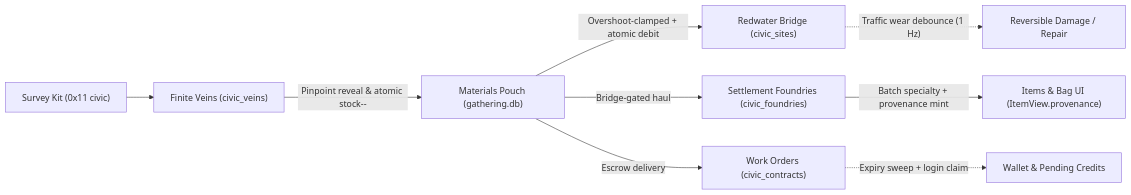
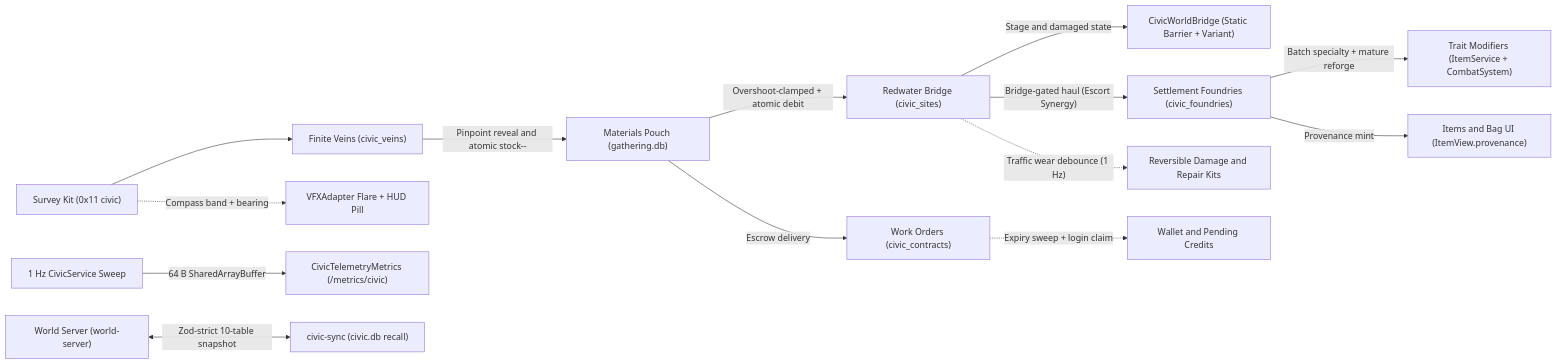
The diagram in docs/CIVIC-LOGISTICS-SPEC.md (SirHertzAlot/NexusMMOEngine), drawn with Mermaid before and after one commit. The commit also changed other lines of this file and 38 other files, not shown here.

Commit message:
feat(civic): complete Redwater Civic Tracks A1-C7b (traits, world bridge, escort, foundry pivot, fleet sync, telemetry, client UX & E2E)

````diff
--- a/docs/CIVIC-LOGISTICS-SPEC.md
+++ b/docs/CIVIC-LOGISTICS-SPEC.md
@@ -8,11 +8,16 @@
 ```mermaid
 flowchart LR
   S["Survey Kit (0x11 civic)"] --> V["Finite Veins (civic_veins)"]
-  V -->|"Pinpoint reveal & atomic stock--"| P["Materials Pouch (gathering.db)"]
+  S -.->|"Compass band + bearing"| FX["VFXAdapter Flare + HUD Pill"]
+  V -->|"Pinpoint reveal and atomic stock--"| P["Materials Pouch (gathering.db)"]
   P -->|"Overshoot-clamped + atomic debit"| B["Redwater Bridge (civic_sites)"]
-  P -->|"Bridge-gated haul"| F["Settlement Foundries (civic_foundries)"]
-  F -->|"Batch specialty + provenance mint"| I["Items & Bag UI (ItemView.provenance)"]
+  B -->|"Stage and damaged state"| WB["CivicWorldBridge (Static Barrier + Variant)"]
+  B -->|"Bridge-gated haul (Escort Synergy)"| F["Settlement Foundries (civic_foundries)"]
+  F -->|"Batch specialty + mature reforge"| T["Trait Modifiers (ItemService + CombatSystem)"]
+  F -->|"Provenance mint"| I["Items and Bag UI (ItemView.provenance)"]
   P -->|"Escrow delivery"| C["Work Orders (civic_contracts)"]
-  B -.->|"Traffic wear debounce (1 Hz)"| D["Reversible Damage / Repair"]
-  C -.->|"Expiry sweep + login claim"| W["Wallet & Pending Credits"]
+  B -.->|"Traffic wear debounce (1 Hz)"| D["Reversible Damage and Repair Kits"]
+  C -.->|"Expiry sweep + login claim"| W["Wallet and Pending Credits"]
+  S2["1 Hz CivicService Sweep"] -->|"64 B SharedArrayBuffer"| M["CivicTelemetryMetrics (/metrics/civic)"]
+  WS["World Server (world-server)"] <-->|"Zod-strict 10-table snapshot"| CS["civic-sync (civic.db recall)"]
 ```
````
